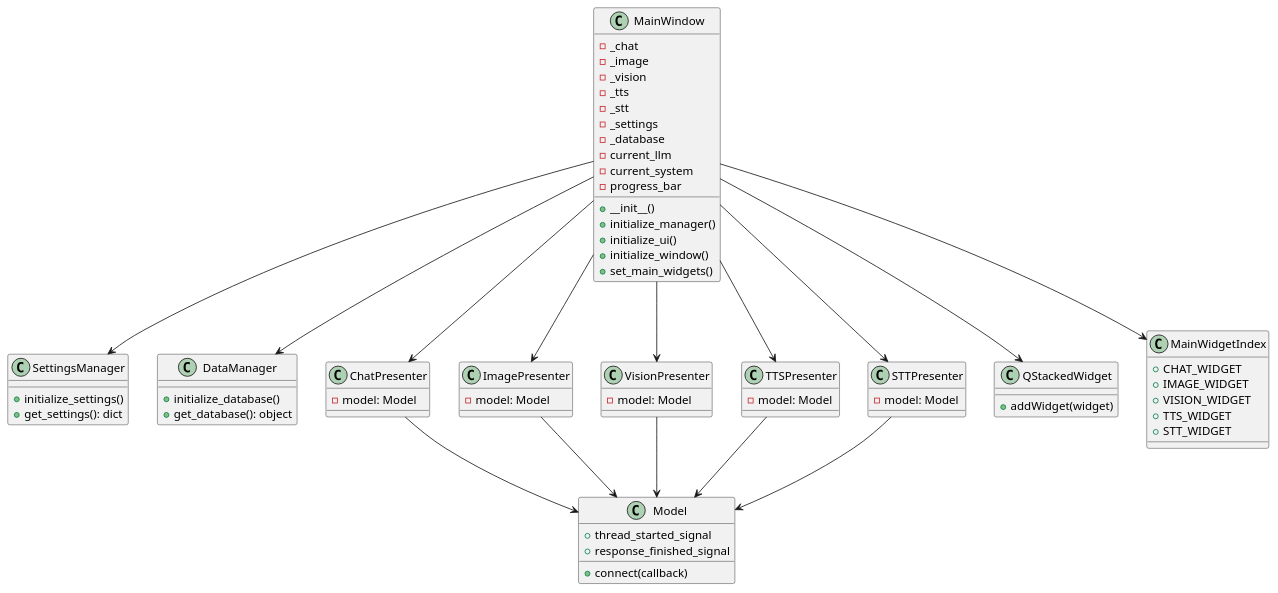
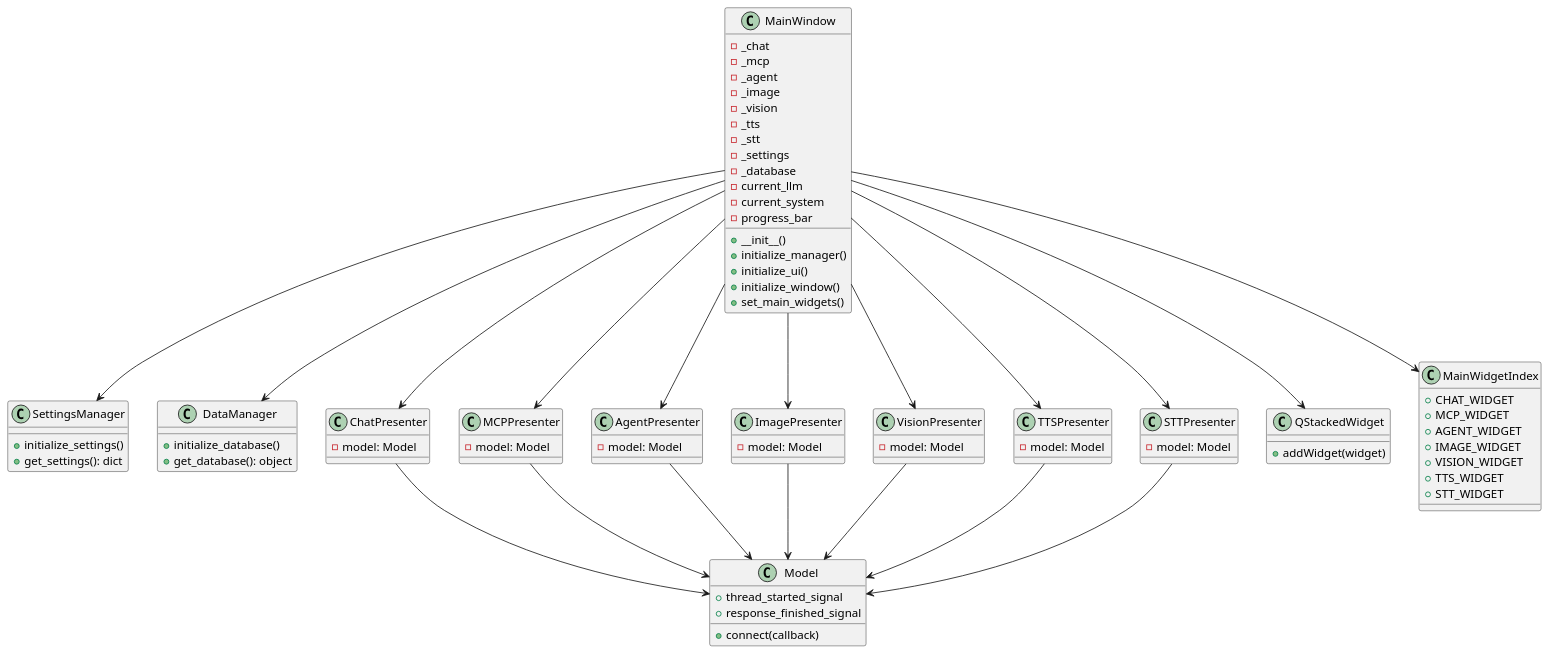
The diagram in uml/main_uml/main_class.puml (hyun-yang/MyChatGPT), drawn with PlantUML before and after one commit. The commit also changed 13 other files, not shown here.

Commit message:
Added Gemini MCP Fix sync model bug Added tooltip Updated README.md, README-KR.md, UML

```diff
--- a/uml/main_uml/main_class.puml
+++ b/uml/main_uml/main_class.puml
@@ -1,81 +1,97 @@
 @startuml
 class MainWindow {
     - _chat
+    - _mcp
+    - _agent
     - _image
     - _vision
     - _tts
     - _stt
     - _settings
     - _database
     - current_llm
     - current_system
     - progress_bar
     + __init__()
     + initialize_manager()
     + initialize_ui()
     + initialize_window()
     + set_main_widgets()
 }
 
 class SettingsManager {
     + initialize_settings()
     + get_settings(): dict
 }
 
 class DataManager {
     + initialize_database()
     + get_database(): object
 }
 
 class ChatPresenter {
     - model: Model
 }
 
+class MCPPresenter {
+    - model: Model
+}
+
+class AgentPresenter {
+    - model: Model
+}
+
 class ImagePresenter {
     - model: Model
 }
 
 class VisionPresenter {
     - model: Model
 }
 
 class TTSPresenter {
     - model: Model
 }
 
 class STTPresenter {
     - model: Model
 }
 
 class QStackedWidget {
     + addWidget(widget)
 }
 class MainWidgetIndex {
     + CHAT_WIDGET
+    + MCP_WIDGET
+    + AGENT_WIDGET
     + IMAGE_WIDGET
     + VISION_WIDGET
     + TTS_WIDGET
     + STT_WIDGET
 }
 
 class Model {
     + thread_started_signal
     + response_finished_signal
     + connect(callback)
 }
 
 MainWindow --> ChatPresenter
+MainWindow --> MCPPresenter
+MainWindow --> AgentPresenter
 MainWindow --> ImagePresenter
 MainWindow --> VisionPresenter
 MainWindow --> TTSPresenter
 MainWindow --> STTPresenter
 MainWindow --> SettingsManager
 MainWindow --> DataManager
 MainWindow --> QStackedWidget
 MainWindow --> MainWidgetIndex
 ChatPresenter --> Model
+MCPPresenter --> Model
+AgentPresenter --> Model
 ImagePresenter --> Model
 VisionPresenter --> Model
 TTSPresenter --> Model
 STTPresenter --> Model
 @enduml
```
